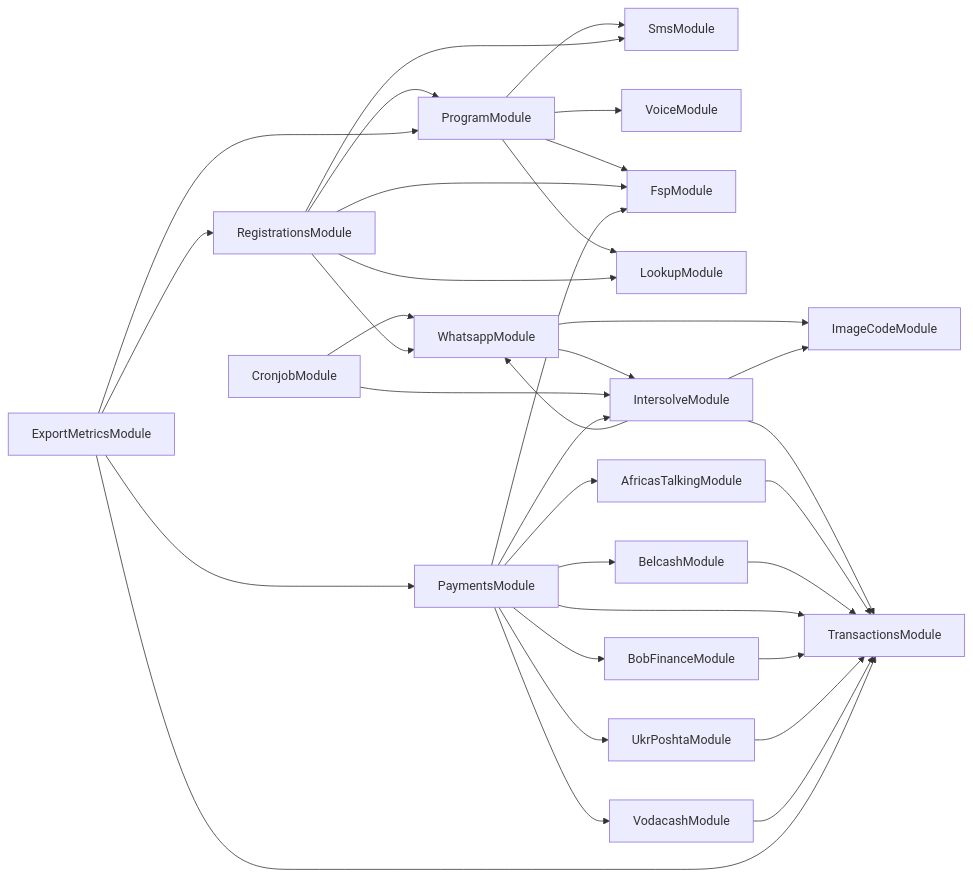
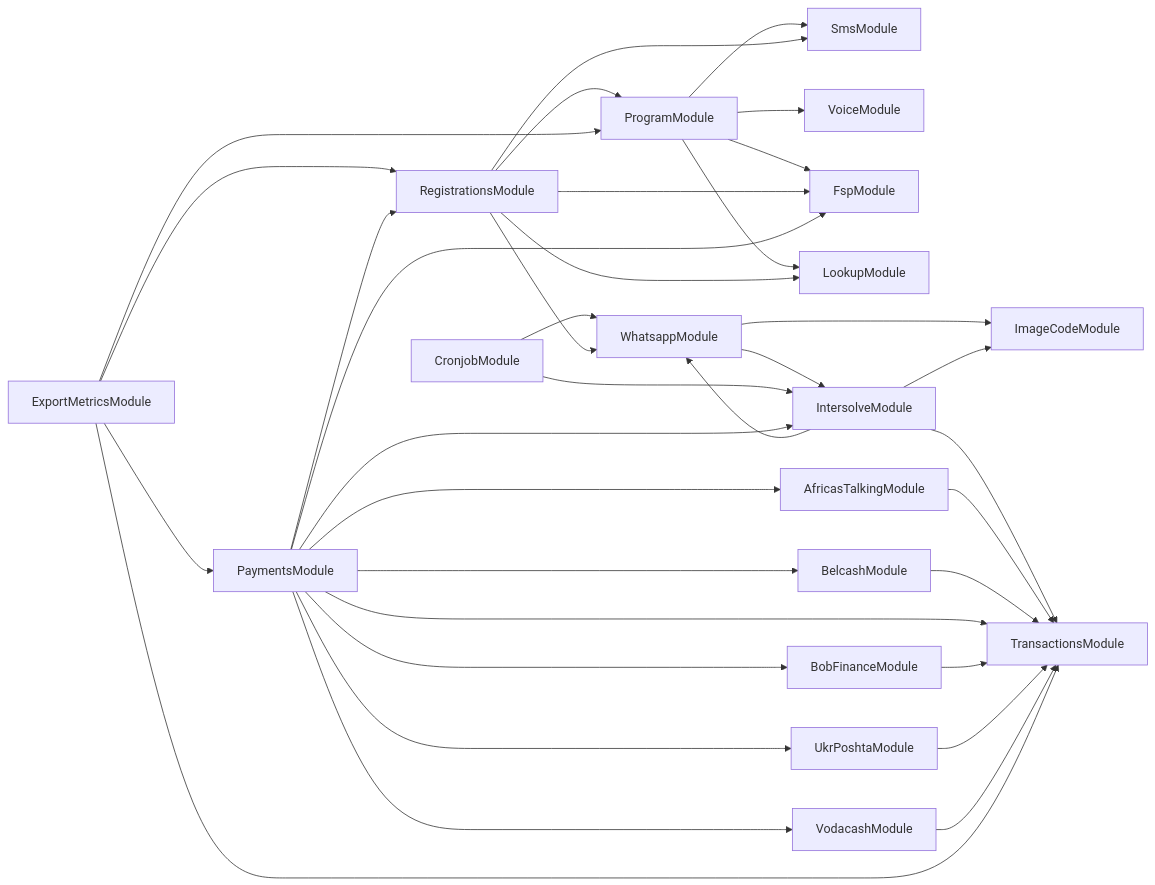
Before and after one commit to global-121/121-platform: the diagram in services/121-service/module-dependencies.md, drawn with Mermaid. The commit also changed 20 other files, not shown here.

````diff
--- a/services/121-service/module-dependencies.md
+++ b/services/121-service/module-dependencies.md
@@ -3,36 +3,37 @@
 ```mermaid
 graph LR
   ProgramModule-->SmsModule
   ProgramModule-->VoiceModule
   ProgramModule-->FspModule
   ProgramModule-->LookupModule
   CronjobModule-->WhatsappModule
   WhatsappModule-->ImageCodeModule
   WhatsappModule-->IntersolveModule
   IntersolveModule-->ImageCodeModule
   IntersolveModule-->TransactionsModule
   IntersolveModule-->WhatsappModule
   CronjobModule-->IntersolveModule
   RegistrationsModule-->LookupModule
   RegistrationsModule-->SmsModule
   RegistrationsModule-->ProgramModule
   RegistrationsModule-->FspModule
   RegistrationsModule-->WhatsappModule
   ExportMetricsModule-->ProgramModule
   ExportMetricsModule-->RegistrationsModule
   ExportMetricsModule-->PaymentsModule
   PaymentsModule-->FspModule
   PaymentsModule-->IntersolveModule
   PaymentsModule-->AfricasTalkingModule
   AfricasTalkingModule-->TransactionsModule
   PaymentsModule-->BelcashModule
   BelcashModule-->TransactionsModule
   PaymentsModule-->TransactionsModule
   PaymentsModule-->BobFinanceModule
   BobFinanceModule-->TransactionsModule
   PaymentsModule-->UkrPoshtaModule
   UkrPoshtaModule-->TransactionsModule
   PaymentsModule-->VodacashModule
   VodacashModule-->TransactionsModule
+  PaymentsModule-->RegistrationsModule
   ExportMetricsModule-->TransactionsModule
 ```
````
